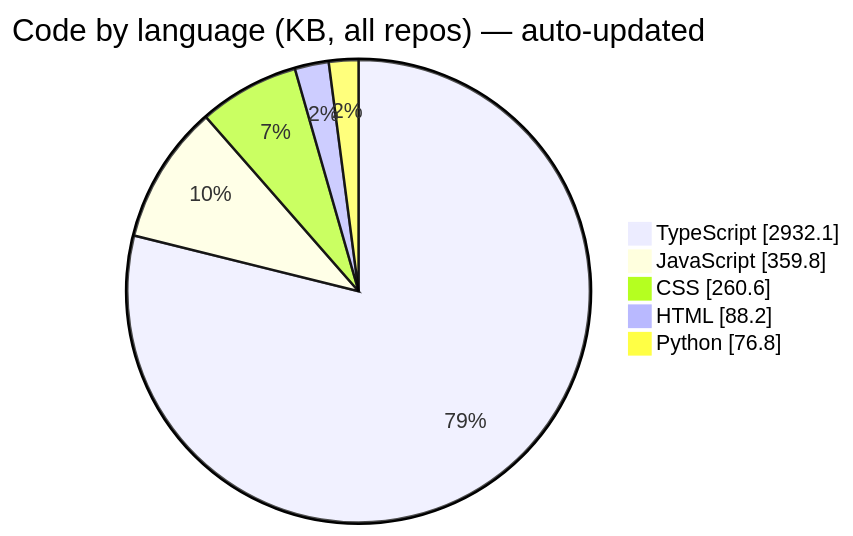
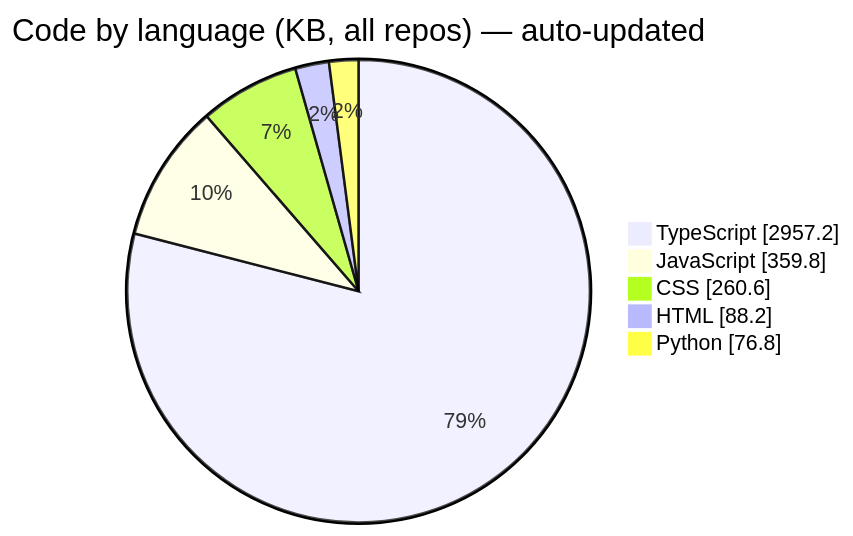
The third of 6 diagrams in README.md (Manashjyoti-Bora/Manashjyoti-Bora), drawn with Mermaid before and after one commit. The commit also changed other lines of this file and 2 other files, not shown here.

````diff
--- a/README.md
+++ b/README.md
@@ -196,9 +196,9 @@
 ```mermaid
 pie showData
     title Code by language (KB, all repos) — auto-updated
-    "TypeScript" : 2932.1
+    "TypeScript" : 2957.2
     "JavaScript" : 359.8
     "CSS" : 260.6
     "HTML" : 88.2
     "Python" : 76.8
 ```
````
